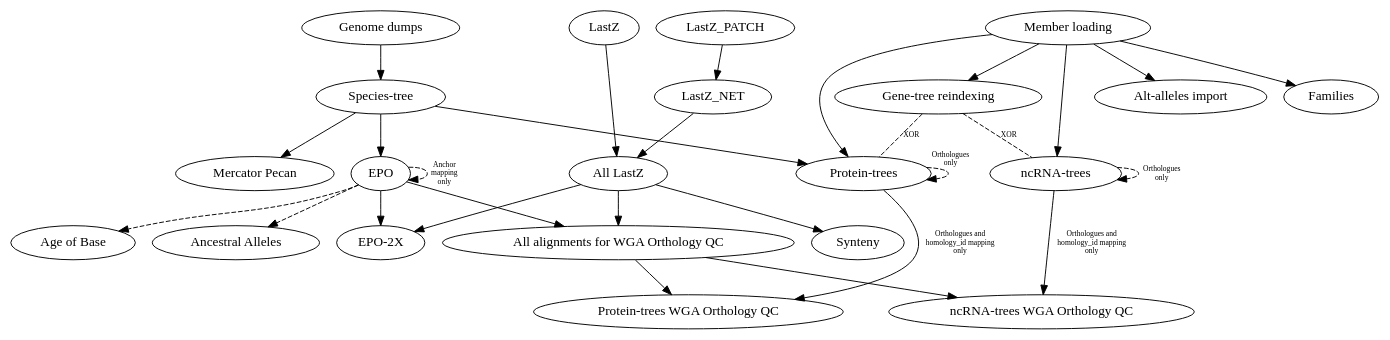
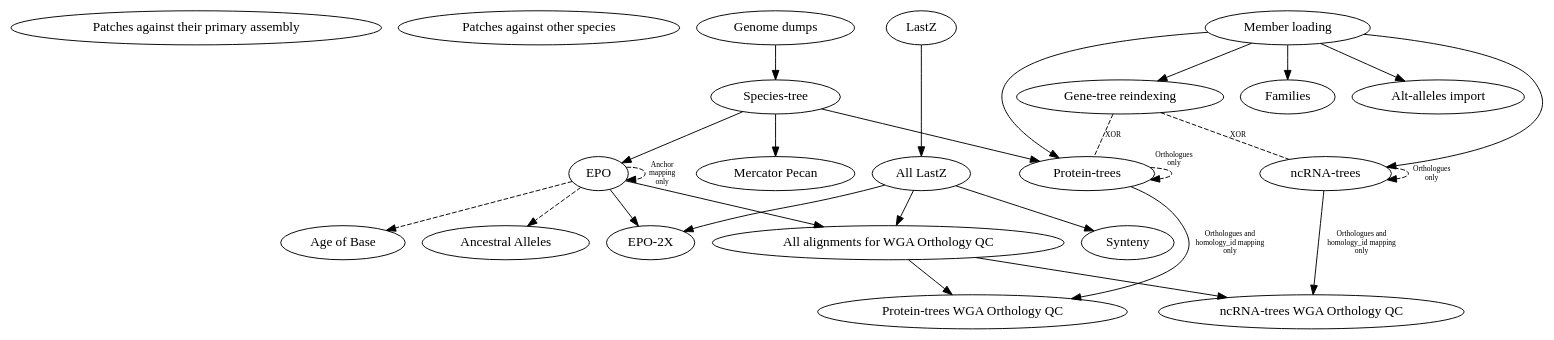
One commit to Ensembl/ensembl-compara changed the diagram in scripts/jira_tickets/compara_merged.dot. Above: the diagram before and after it, drawn with Graphviz. The commit also changed 1 other file, not shown here.

Commit message:
updated LastZ_NET and LastZ_PATCH node names and latter's descriptions

```diff
--- a/scripts/jira_tickets/compara_merged.dot
+++ b/scripts/jira_tickets/compara_merged.dot
@@ -1,22 +1,24 @@
 digraph {
+    "Patches against their primary assembly";
+    "Patches against other species";
+
     "Genome dumps" -> "Species-tree";
     "Species-tree" -> { "EPO", "Mercator Pecan", "Protein-trees" };
     {"EPO", "All LastZ"} -> "EPO-2X";
     "Member loading" -> { "Protein-trees", "ncRNA-trees", "Families", "Gene-tree reindexing", "Alt-alleles import" };
     "Protein-trees" -> "Protein-trees WGA Orthology QC" [fontsize="8", label="Orthologues and\nhomology_id mapping\nonly"];
     "ncRNA-trees" -> "ncRNA-trees WGA Orthology QC" [fontsize="8", label="Orthologues and\nhomology_id mapping\nonly"];
     {"All LastZ", "EPO"} -> "All alignments for WGA Orthology QC" -> {"Protein-trees WGA Orthology QC", "ncRNA-trees WGA Orthology QC"};
     "LastZ" -> "All LastZ" -> "Synteny";
-    "LastZ_PATCH" -> "LastZ_NET" -> "All LastZ";
 
     "Gene-tree reindexing" -> "ncRNA-trees" [style="dashed", dir=none, fontsize="8", label="XOR", headport="murinae:w", tailport="murinae:s"];
     "Gene-tree reindexing" -> "Protein-trees" [style="dashed", dir=none, fontsize="8", label="XOR", headport="murinae:e", tailport="murinae:s"];
     "EPO" -> "EPO" [style="dashed", fontsize="8", label="Anchor\nmapping\nonly", headport="Primates:e", tailport="Mammals:e"];
     "EPO" -> "Age of Base" [style="dashed", headport="Human:e", tailport="Mammals:w"];
     "EPO" -> "Ancestral Alleles" [style="dashed", headport="Vertebrates:w", tailport="Primates:w"];
     "Protein-trees" -> "Protein-trees" [style="dashed", fontsize="8", xlabel="Orthologues\nonly", headport="Murinae:w", tailport="Default vertebrates:w"];
     "ncRNA-trees" -> "ncRNA-trees" [style="dashed", fontsize="8", label="Orthologues\nonly", headport="Murinae:e", tailport="Default vertebrates:e"];
 
     // Helps laying out the graph
     {rank = same; "Genome dumps"; "LastZ"; "Member loading"; }
 }
```
